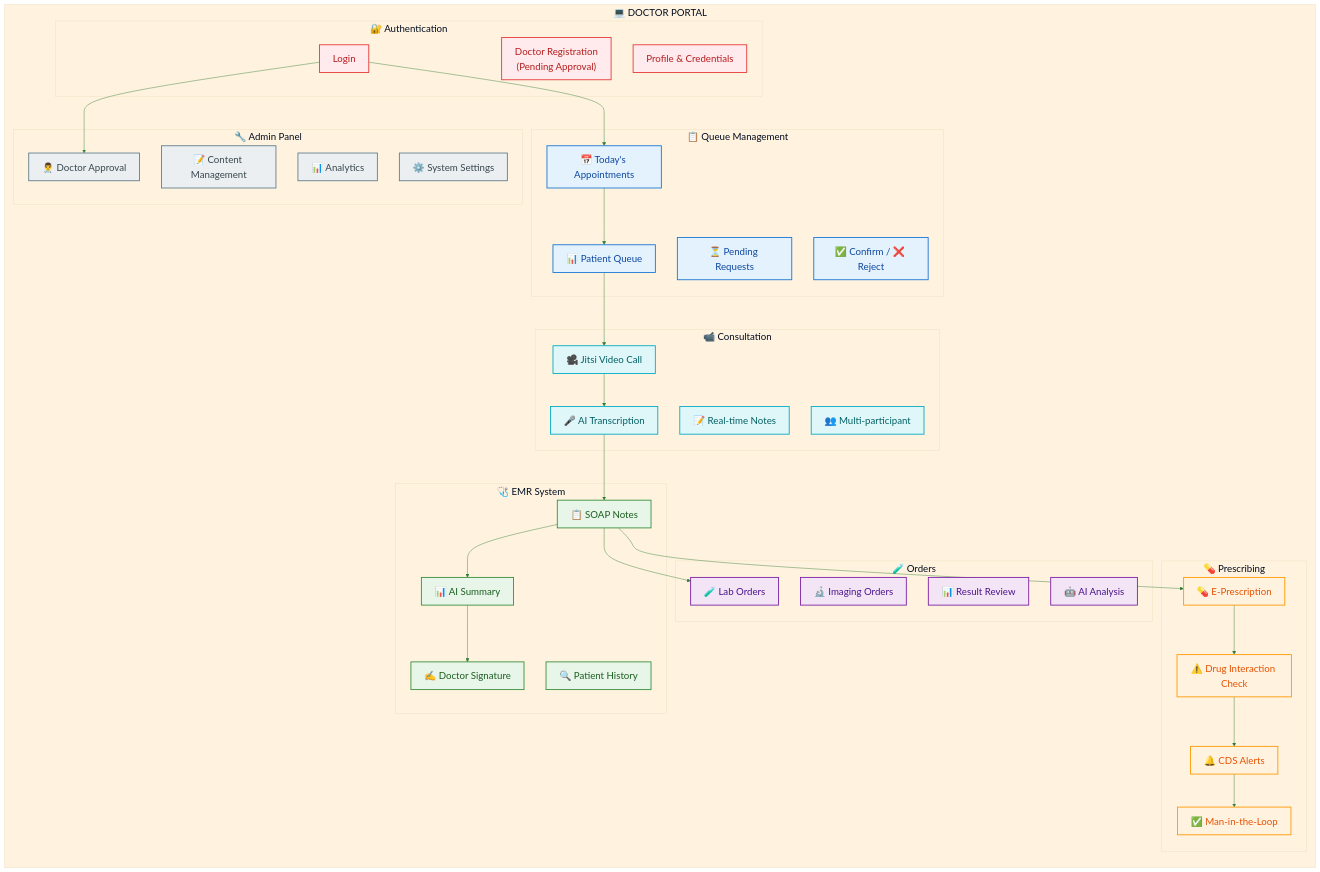
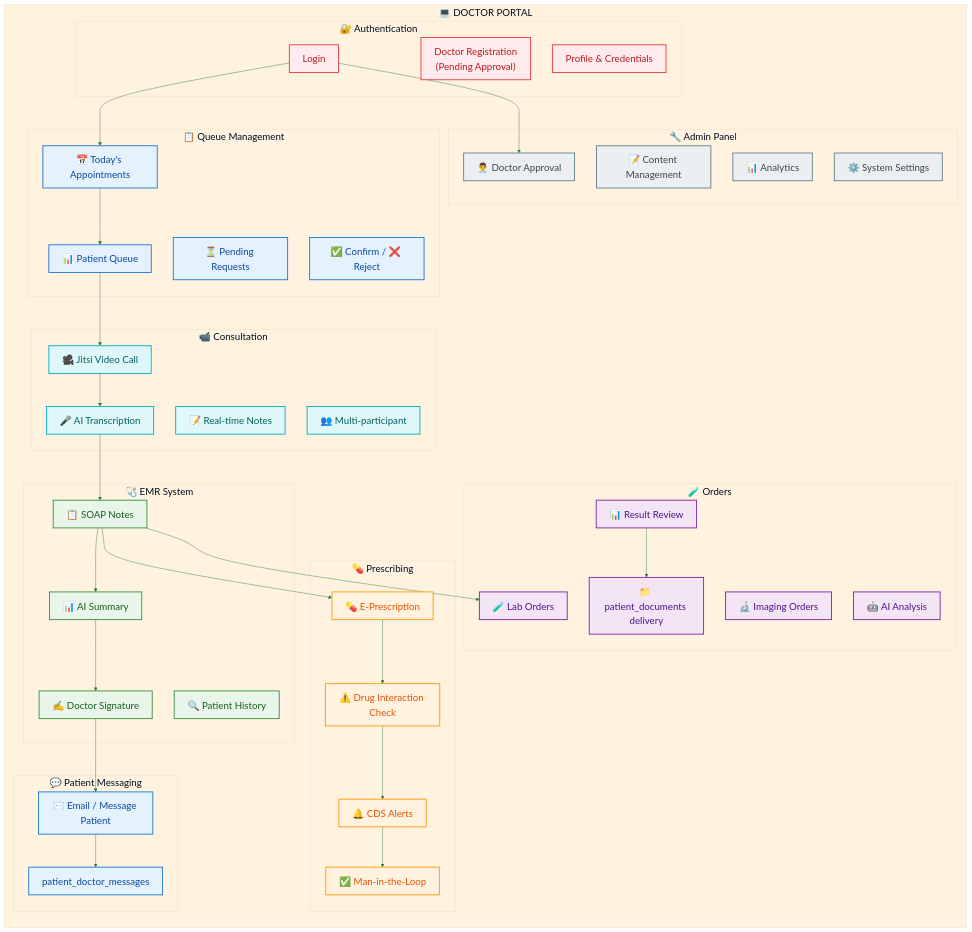
One commit to chiraleo2000/Isara-Anywhere changed the diagram in Documents/Presentations/diagrams/03-doctor-features.mmd. Above: the diagram before and after it, drawn with Mermaid. The commit also changed 1697 other files, not shown here.

```diff
--- a/Documents/Presentations/diagrams/03-doctor-features.mmd
+++ b/Documents/Presentations/diagrams/03-doctor-features.mmd
@@ -1,90 +1,99 @@
 %%{init: {
   'theme': 'base',
   'themeVariables': {
     'primaryColor': '#E8F5E9',
     'primaryTextColor': '#1B5E20',
     'primaryBorderColor': '#4CAF50',
     'lineColor': '#2E7D32',
     'secondaryColor': '#E3F2FD',
     'tertiaryColor': '#FFF3E0',
     'fontSize': '22px',
     'fontFamily': 'Segoe UI, Arial'
   }
 }}%%
 
 flowchart TB
     subgraph DP["💻 DOCTOR PORTAL"]
         direction TB
         
         subgraph AUTH["🔐 Authentication"]
             A1["Login"]
             A2["Doctor Registration<br/>(Pending Approval)"]
             A3["Profile & Credentials"]
         end
         
         subgraph QUEUE["📋 Queue Management"]
             B1["📅 Today's Appointments"]
             B2["⏳ Pending Requests"]
             B3["✅ Confirm / ❌ Reject"]
             B4["📊 Patient Queue"]
         end
         
         subgraph CONSULT["📹 Consultation"]
             C1["🎥 Jitsi Video Call"]
             C2["🎤 AI Transcription"]
             C3["📝 Real-time Notes"]
             C4["👥 Multi-participant"]
         end
         
         subgraph EMR["🩺 EMR System"]
             D1["📋 SOAP Notes"]
             D2["🔍 Patient History"]
             D3["📊 AI Summary"]
             D4["✍️ Doctor Signature"]
         end
         
         subgraph PRESCRIBE["💊 Prescribing"]
             E1["💊 E-Prescription"]
             E2["⚠️ Drug Interaction Check"]
             E3["🔔 CDS Alerts"]
             E4["✅ Man-in-the-Loop"]
         end
         
         subgraph ORDERS["🧪 Orders"]
             F1["🧪 Lab Orders"]
             F2["🔬 Imaging Orders"]
             F3["📊 Result Review"]
             F4["🤖 AI Analysis"]
+            F5["📁 patient_documents delivery"]
+        end
+        
+        subgraph MESSAGES["💬 Patient Messaging"]
+            H1["✉️ Email / Message Patient"]
+            H2["patient_doctor_messages"]
         end
         
         subgraph ADMIN["🔧 Admin Panel"]
             G1["👨‍⚕️ Doctor Approval"]
             G2["📝 Content Management"]
             G3["📊 Analytics"]
             G4["⚙️ System Settings"]
         end
     end
 
     A1 --> B1
     B1 --> B4 --> C1
     C1 --> C2 --> D1
     D1 --> D3 --> D4
     D1 --> E1 --> E2 --> E3 --> E4
     D1 --> F1
+    D4 --> H1 --> H2
+    F3 --> F5
     A1 --> G1
 
     classDef authStyle fill:#FFEBEE,stroke:#E53935,stroke-width:2px,color:#B71C1C
     classDef queueStyle fill:#E3F2FD,stroke:#1976D2,stroke-width:2px,color:#0D47A1
     classDef consultStyle fill:#E0F7FA,stroke:#00ACC1,stroke-width:2px,color:#006064
     classDef emrStyle fill:#E8F5E9,stroke:#388E3C,stroke-width:2px,color:#1B5E20
     classDef rxStyle fill:#FFF3E0,stroke:#FF9800,stroke-width:2px,color:#E65100
     classDef orderStyle fill:#F3E5F5,stroke:#7B1FA2,stroke-width:2px,color:#4A148C
     classDef adminStyle fill:#ECEFF1,stroke:#607D8B,stroke-width:2px,color:#37474F
 
     class A1,A2,A3 authStyle
     class B1,B2,B3,B4 queueStyle
     class C1,C2,C3,C4 consultStyle
     class D1,D2,D3,D4 emrStyle
     class E1,E2,E3,E4 rxStyle
-    class F1,F2,F3,F4 orderStyle
+    class F1,F2,F3,F4,F5 orderStyle
+    class H1,H2 queueStyle
     class G1,G2,G3,G4 adminStyle
```
